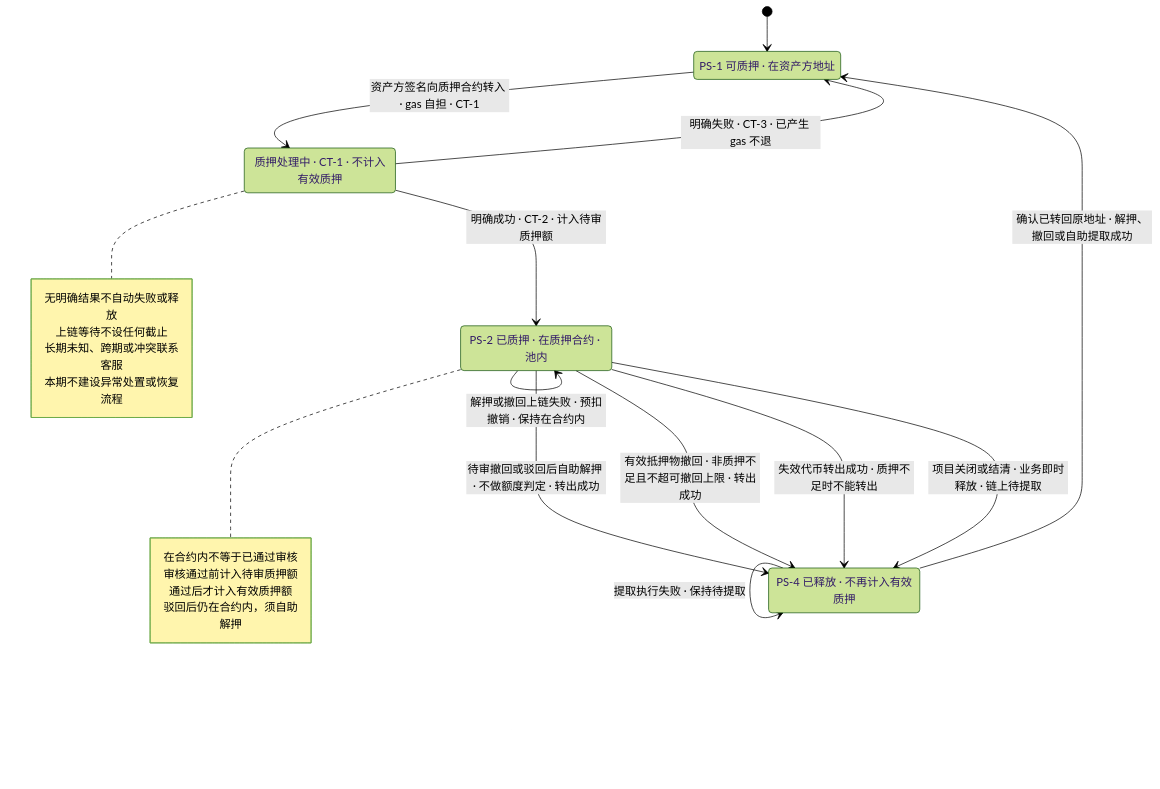
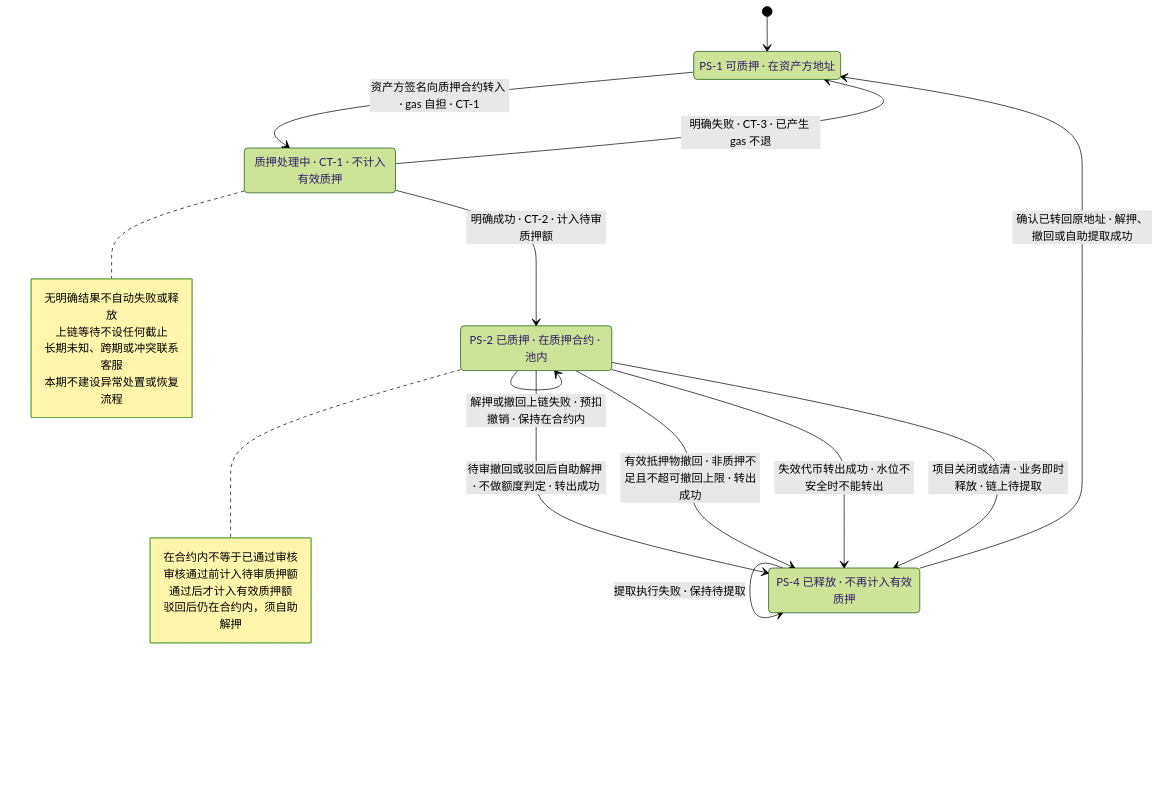
One commit to wxblockchain/Chain-Financing changed the ninth of 10 diagrams in lending-platform/PRD/面客端/05-借贷广场-融资需求与代币质押/02-融资需求与代币质押-流程图与状态机.md. Above: the diagram before and after it, drawn with Mermaid (forest theme). The commit also changed other lines of this file and 5 other files, not shown here.

````diff
--- a/lending-platform/PRD/面客端/05-借贷广场-融资需求与代币质押/02-融资需求与代币质押-流程图与状态机.md
+++ b/lending-platform/PRD/面客端/05-借贷广场-融资需求与代币质押/02-融资需求与代币质押-流程图与状态机.md
@@ -249,30 +249,30 @@
 ```mermaid
 stateDiagram-v2
   PS_1: PS-1 可质押 · 在资产方地址
   PS_2: PS-2 已质押 · 在质押合约 · 池内
   PS_4: PS-4 已释放 · 不再计入有效质押
   PROC: 质押处理中 · CT-1 · 不计入有效质押
   [*] --> PS_1
   PS_1 --> PROC: 资产方签名向质押合约转入 · gas 自担 · CT-1
   PROC --> PS_2: 明确成功 · CT-2 · 计入待审质押额
   PROC --> PS_1: 明确失败 · CT-3 · 已产生 gas 不退
   note right of PS_2
     在合约内不等于已通过审核
     审核通过前计入待审质押额
     通过后才计入有效质押额
     驳回后仍在合约内，须自助解押
   end note
   note right of PROC
     无明确结果不自动失败或释放
     上链等待不设任何截止
     长期未知、跨期或冲突联系客服
     本期不建设异常处置或恢复流程
   end note
   PS_2 --> PS_4: 待审撤回或驳回后自助解押 · 不做额度判定 · 转出成功
   PS_2 --> PS_4: 有效抵押物撤回 · 非质押不足且不超可撤回上限 · 转出成功
-  PS_2 --> PS_4: 失效代币转出成功 · 质押不足时不能转出
+  PS_2 --> PS_4: 失效代币转出成功 · 水位不安全时不能转出
   PS_2 --> PS_4: 项目关闭或结清 · 业务即时释放 · 链上待提取
   PS_2 --> PS_2: 解押或撤回上链失败 · 预扣撤销 · 保持在合约内
   PS_4 --> PS_1: 确认已转回原地址 · 解押、撤回或自助提取成功
   PS_4 --> PS_4: 提取执行失败 · 保持待提取
 ```
````
